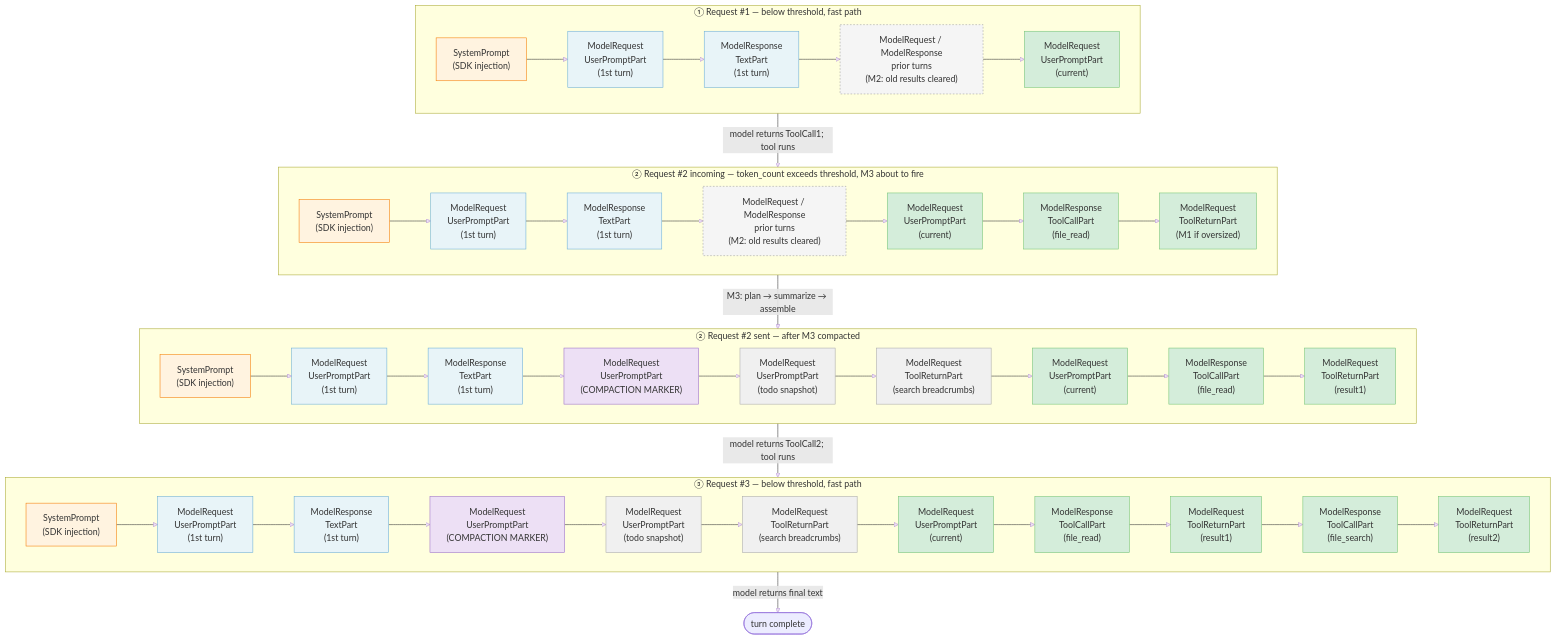
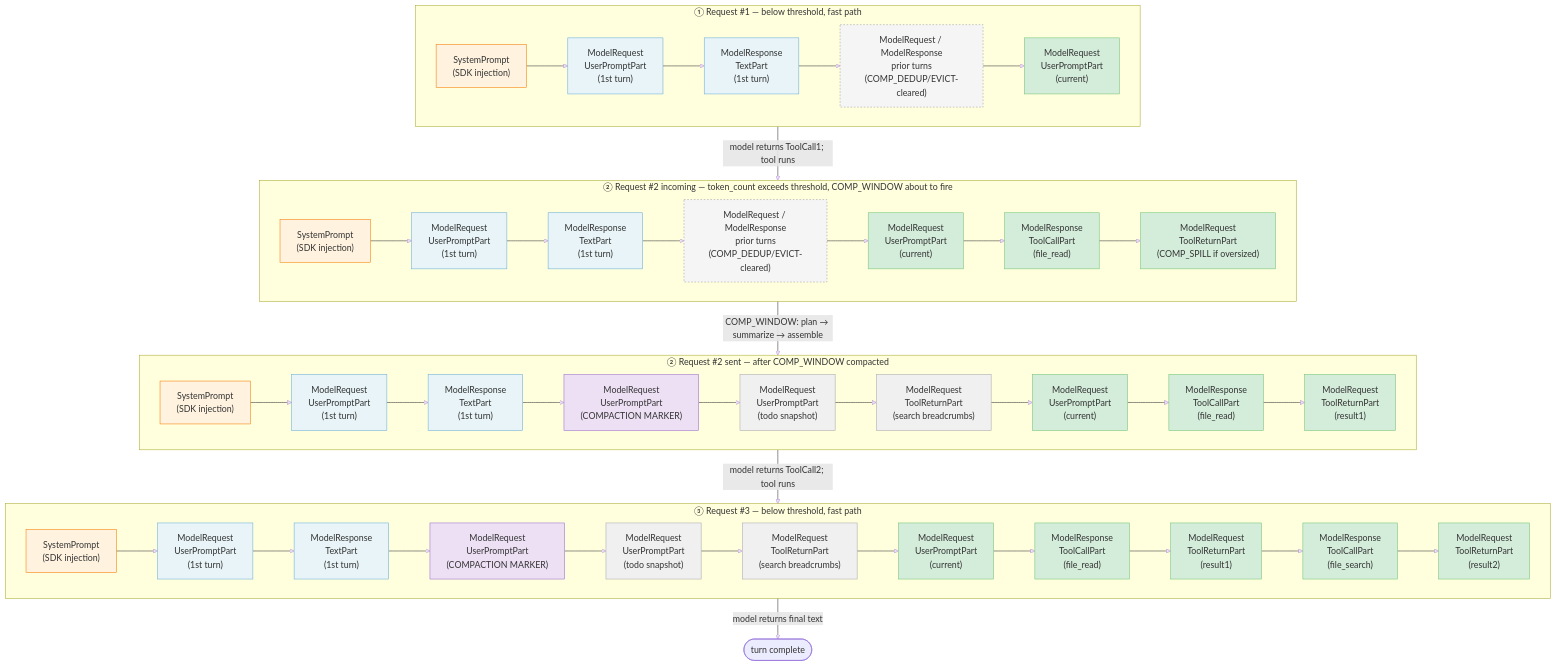
Before and after one commit to binlecode/co-cli: the fifth of 7 diagrams in docs/specs/compaction.md, drawn with Mermaid. The commit also changed other lines of this file, not shown here.

First line of the commit message:
docs(compaction): replace M-labels with meaningful COMP_* CAPWORDs throughout spec

````diff
--- a/docs/specs/compaction.md
+++ b/docs/specs/compaction.md
@@ -241,41 +241,41 @@
 ```mermaid
 flowchart TD
     subgraph MRN1["① Request #1 — below threshold, fast path"]
         direction LR
-        r1_sp["SystemPrompt\n(SDK injection)"]:::syspr --> r1_h1["ModelRequest\nUserPromptPart\n(1st turn)"]:::head --> r1_h2["ModelResponse\nTextPart\n(1st turn)"]:::head --> r1_mid["ModelRequest / ModelResponse\nprior turns\n(M2: old results cleared)"]:::prior --> r1_cur["ModelRequest\nUserPromptPart\n(current)"]:::tail
+        r1_sp["SystemPrompt\n(SDK injection)"]:::syspr --> r1_h1["ModelRequest\nUserPromptPart\n(1st turn)"]:::head --> r1_h2["ModelResponse\nTextPart\n(1st turn)"]:::head --> r1_mid["ModelRequest / ModelResponse\nprior turns\n(COMP_DEDUP/EVICT-cleared)"]:::prior --> r1_cur["ModelRequest\nUserPromptPart\n(current)"]:::tail
     end
 
-    subgraph MRN2a["② Request #2 incoming — token_count exceeds threshold, M3 about to fire"]
+    subgraph MRN2a["② Request #2 incoming — token_count exceeds threshold, COMP_WINDOW about to fire"]
         direction LR
-        r2a_sp["SystemPrompt\n(SDK injection)"]:::syspr --> r2a_h1["ModelRequest\nUserPromptPart\n(1st turn)"]:::head --> r2a_h2["ModelResponse\nTextPart\n(1st turn)"]:::head --> r2a_mid["ModelRequest / ModelResponse\nprior turns\n(M2: old results cleared)"]:::prior --> r2a_cur["ModelRequest\nUserPromptPart\n(current)"]:::tail --> r2a_tc1["ModelResponse\nToolCallPart\n(file_read)"]:::tail --> r2a_tr1["ModelRequest\nToolReturnPart\n(M1 if oversized)"]:::tail
+        r2a_sp["SystemPrompt\n(SDK injection)"]:::syspr --> r2a_h1["ModelRequest\nUserPromptPart\n(1st turn)"]:::head --> r2a_h2["ModelResponse\nTextPart\n(1st turn)"]:::head --> r2a_mid["ModelRequest / ModelResponse\nprior turns\n(COMP_DEDUP/EVICT-cleared)"]:::prior --> r2a_cur["ModelRequest\nUserPromptPart\n(current)"]:::tail --> r2a_tc1["ModelResponse\nToolCallPart\n(file_read)"]:::tail --> r2a_tr1["ModelRequest\nToolReturnPart\n(COMP_SPILL if oversized)"]:::tail
     end
 
-    subgraph MRN2b["② Request #2 sent — after M3 compacted"]
+    subgraph MRN2b["② Request #2 sent — after COMP_WINDOW compacted"]
         direction LR
         r2b_sp["SystemPrompt\n(SDK injection)"]:::syspr --> r2b_h1["ModelRequest\nUserPromptPart\n(1st turn)"]:::head --> r2b_h2["ModelResponse\nTextPart\n(1st turn)"]:::head --> r2b_mk["ModelRequest\nUserPromptPart\n(COMPACTION MARKER)"]:::marker --> r2b_td["ModelRequest\nUserPromptPart\n(todo snapshot)"]:::meta --> r2b_bc["ModelRequest\nToolReturnPart\n(search breadcrumbs)"]:::meta --> r2b_cur["ModelRequest\nUserPromptPart\n(current)"]:::tail --> r2b_tc1["ModelResponse\nToolCallPart\n(file_read)"]:::tail --> r2b_tr1["ModelRequest\nToolReturnPart\n(result1)"]:::tail
     end
 
     subgraph MRN3["③ Request #3 — below threshold, fast path"]
         direction LR
         r3_sp["SystemPrompt\n(SDK injection)"]:::syspr --> r3_h1["ModelRequest\nUserPromptPart\n(1st turn)"]:::head --> r3_h2["ModelResponse\nTextPart\n(1st turn)"]:::head --> r3_mk["ModelRequest\nUserPromptPart\n(COMPACTION MARKER)"]:::marker --> r3_td["ModelRequest\nUserPromptPart\n(todo snapshot)"]:::meta --> r3_bc["ModelRequest\nToolReturnPart\n(search breadcrumbs)"]:::meta --> r3_cur["ModelRequest\nUserPromptPart\n(current)"]:::tail --> r3_tc1["ModelResponse\nToolCallPart\n(file_read)"]:::tail --> r3_tr1["ModelRequest\nToolReturnPart\n(result1)"]:::tail --> r3_tc2["ModelResponse\nToolCallPart\n(file_search)"]:::tail --> r3_tr2["ModelRequest\nToolReturnPart\n(result2)"]:::tail
     end
 
     MRN1 -->|"model returns ToolCall1; tool runs"| MRN2a
-    MRN2a -->|"M3: plan → summarize → assemble"| MRN2b
+    MRN2a -->|"COMP_WINDOW: plan → summarize → assemble"| MRN2b
     MRN2b -->|"model returns ToolCall2; tool runs"| MRN3
     MRN3 -->|"model returns final text"| Done(["turn complete"])
 
     classDef syspr fill:#fff3e0,stroke:#f57c00
     classDef head fill:#e8f4f8,stroke:#6baed6
     classDef prior fill:#f5f5f5,stroke:#9e9e9e,stroke-dasharray:3 3
     classDef marker fill:#ede0f5,stroke:#9c6fc7
     classDef meta fill:#f0f0f0,stroke:#aaa
     classDef tail fill:#d4edda,stroke:#74c476
 
     class r1_sp,r2a_sp,r2b_sp,r3_sp syspr
     class r1_h1,r1_h2,r2a_h1,r2a_h2,r2b_h1,r2b_h2,r3_h1,r3_h2 head
     class r1_mid,r2a_mid prior
     class r2b_mk,r3_mk marker
     class r2b_td,r2b_bc,r3_td,r3_bc meta
     class r1_cur,r2a_cur,r2a_tc1,r2a_tr1,r2b_cur,r2b_tc1,r2b_tr1,r3_cur,r3_tc1,r3_tr1,r3_tc2,r3_tr2 tail
 ```
````
